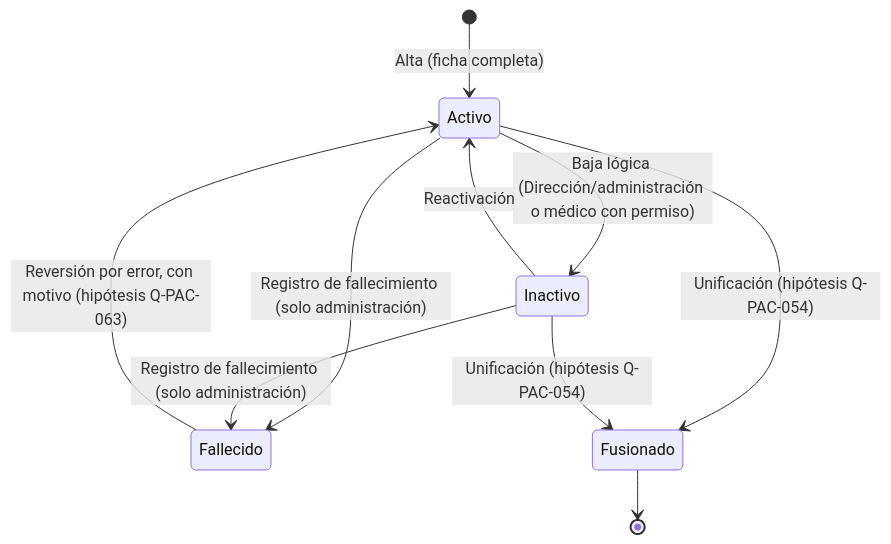
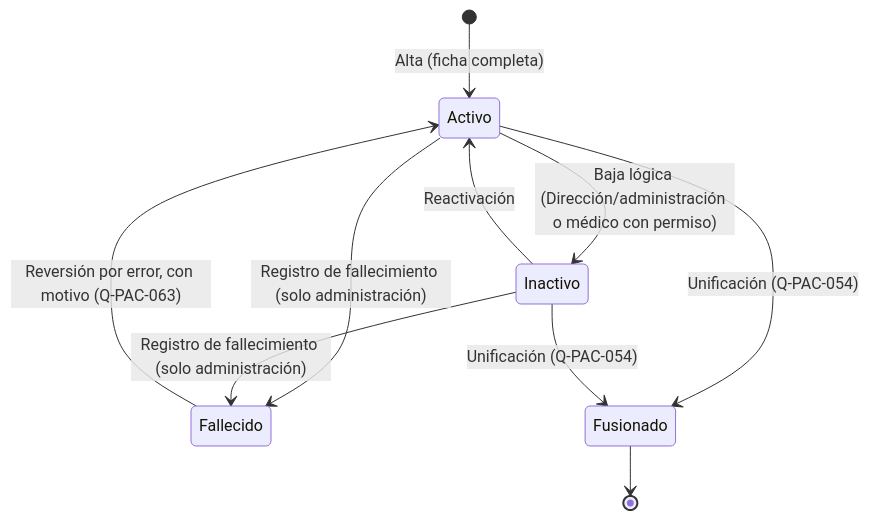
One commit to Leo-alegre9/Clinica_Sarmiento changed the first of 3 diagrams in docs/03_Modulos/MOD-001_Pacientes/diagramas.md. Above: the diagram before and after it, drawn with Mermaid. The commit also changed other lines of this file and 43 other files, not shown here.

````diff
--- a/docs/03_Modulos/MOD-001_Pacientes/diagramas.md
+++ b/docs/03_Modulos/MOD-001_Pacientes/diagramas.md
@@ -8,12 +8,12 @@
 ```mermaid
 stateDiagram-v2
     [*] --> Activo: Alta (ficha completa)
     Activo --> Inactivo: Baja lógica (Dirección/administración o médico con permiso)
     Inactivo --> Activo: Reactivación
     Activo --> Fallecido: Registro de fallecimiento (solo administración)
     Inactivo --> Fallecido: Registro de fallecimiento (solo administración)
-    Fallecido --> Activo: Reversión por error, con motivo (hipótesis Q-PAC-063)
-    Activo --> Fusionado: Unificación (hipótesis Q-PAC-054)
-    Inactivo --> Fusionado: Unificación (hipótesis Q-PAC-054)
+    Fallecido --> Activo: Reversión por error, con motivo (Q-PAC-063)
+    Activo --> Fusionado: Unificación (Q-PAC-054)
+    Inactivo --> Fusionado: Unificación (Q-PAC-054)
     Fusionado --> [*]
 ```
````
